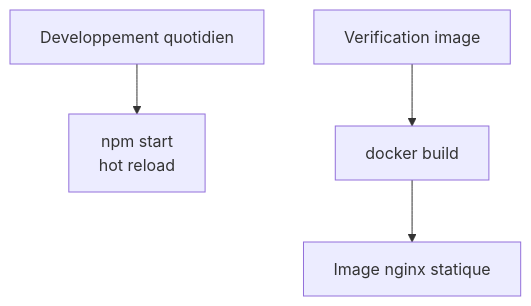
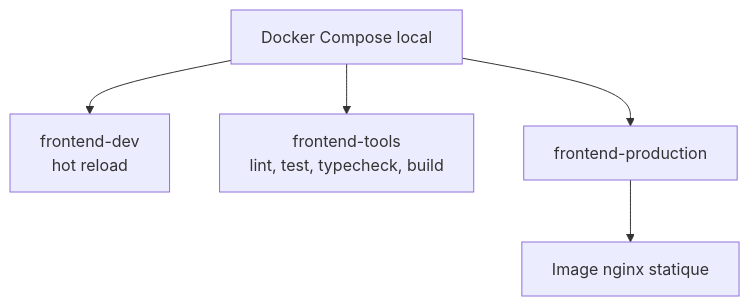
Before and after one commit to Chaye-parcel-traveler/chaye_web_frontend: the third of 10 diagrams in README.md, drawn with Mermaid. The commit also changed other lines of this file and 12 other files, not shown here.

Commit message:
chore: modernize frontend Node and Docker stack

````diff
--- a/README.md
+++ b/README.md
@@ -128,6 +134,7 @@
 ```mermaid
 flowchart TB
-    DevMode["Developpement quotidien"] --> NpmStart["npm start<br/>hot reload"]
-    ProdCheck["Verification image"] --> DockerBuild["docker build"]
-    DockerBuild --> Nginx["Image nginx statique"]
+    DockerCompose["Docker Compose local"] --> DevMode["frontend-dev<br/>hot reload"]
+    DockerCompose --> Tools["frontend-tools<br/>lint, test, typecheck, build"]
+    DockerCompose --> ProdCheck["frontend-production"]
+    ProdCheck --> Nginx["Image nginx statique"]
 ```
````
